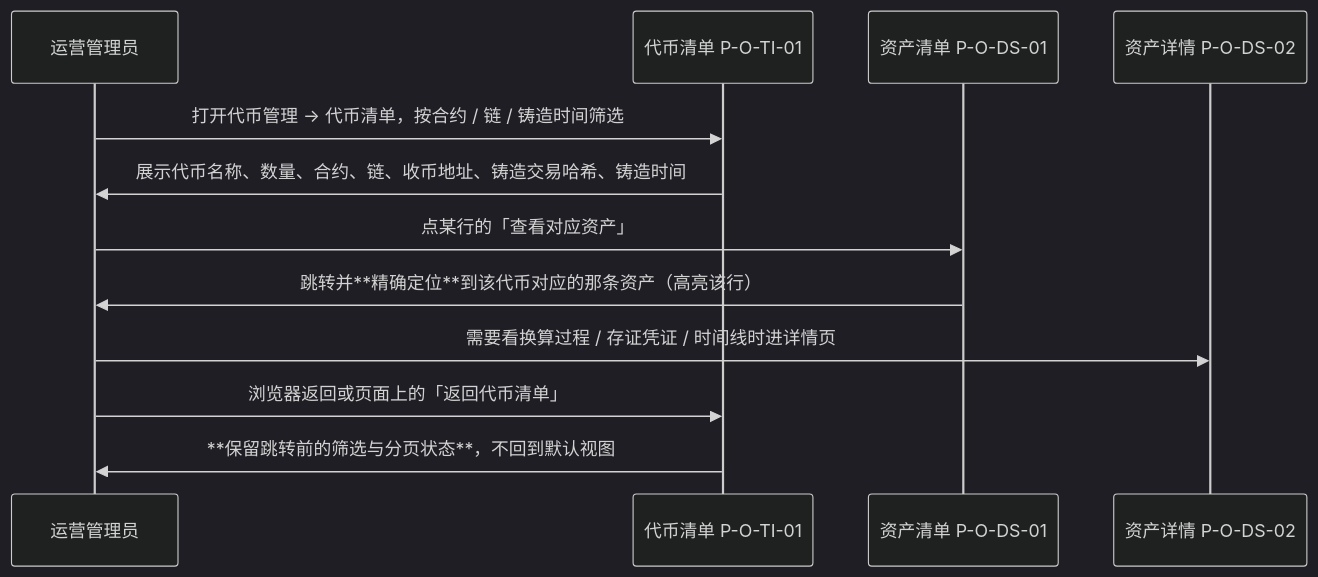
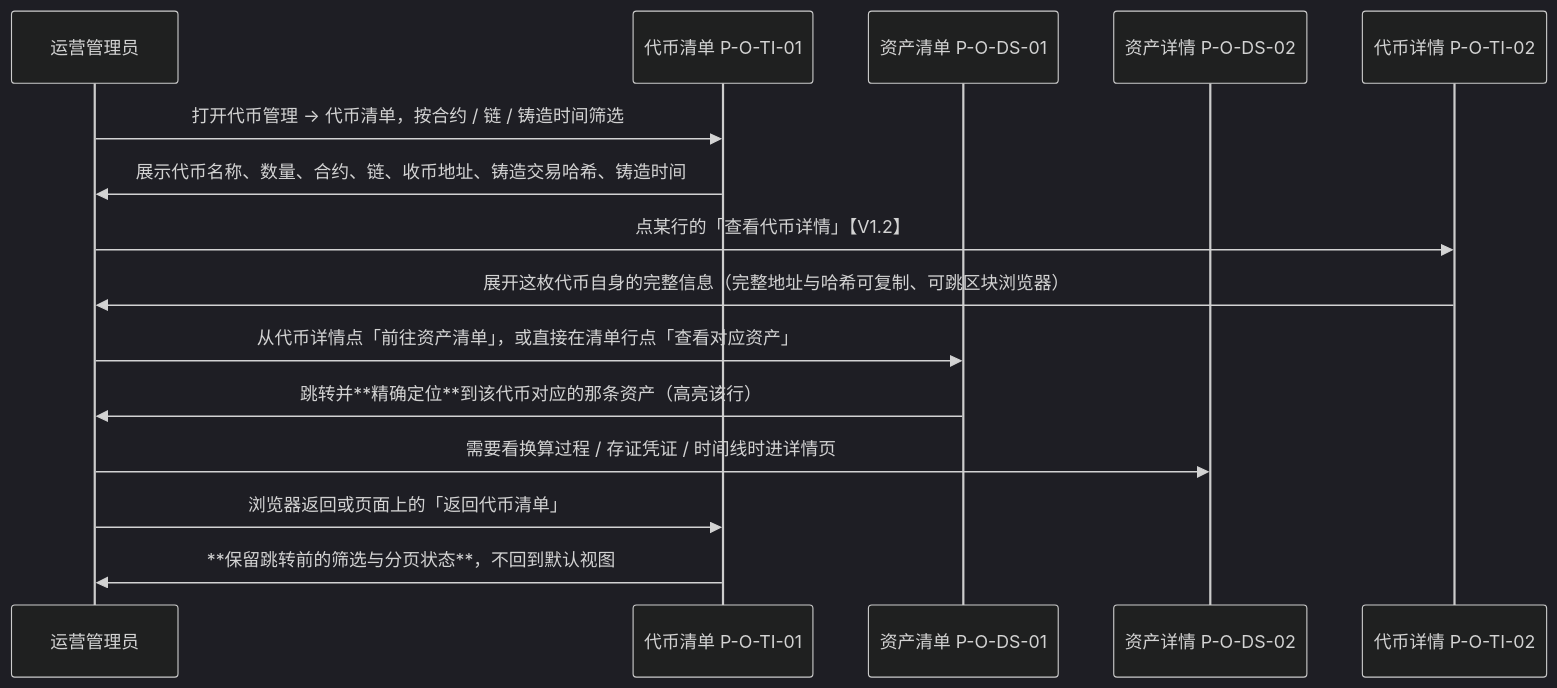
The third of 3 diagrams in financial-service-platform/prd/v1.0-资产清单与代币签发/v1.0-资产清单与代币签发-PRD.md (wxblockchain/Chain-Financing), drawn with Mermaid (dark theme) before and after one commit. The commit also changed other lines of this file and 5 other files, not shown here.

````diff
--- a/financial-service-platform/prd/v1.0-资产清单与代币签发/v1.0-资产清单与代币签发-PRD.md
+++ b/financial-service-platform/prd/v1.0-资产清单与代币签发/v1.0-资产清单与代币签发-PRD.md
@@ -461,14 +491,17 @@
 ```mermaid
 sequenceDiagram
     participant OP as 运营管理员
     participant TL as 代币清单 P-O-TI-01
     participant AL as 资产清单 P-O-DS-01
     participant AD as 资产详情 P-O-DS-02
+    participant TD as 代币详情 P-O-TI-02
     OP->>TL: 打开代币管理 → 代币清单，按合约 / 链 / 铸造时间筛选
     TL->>OP: 展示代币名称、数量、合约、链、收币地址、铸造交易哈希、铸造时间
-    OP->>AL: 点某行的「查看对应资产」
+    OP->>TD: 点某行的「查看代币详情」【V1.2】
+    TD->>OP: 展开这枚代币自身的完整信息（完整地址与哈希可复制、可跳区块浏览器）
+    OP->>AL: 从代币详情点「前往资产清单」，或直接在清单行点「查看对应资产」
     AL->>OP: 跳转并**精确定位**到该代币对应的那条资产（高亮该行）
     OP->>AD: 需要看换算过程 / 存证凭证 / 时间线时进详情页
     OP->>TL: 浏览器返回或页面上的「返回代币清单」
     TL->>OP: **保留跳转前的筛选与分页状态**，不回到默认视图
 ```
````
